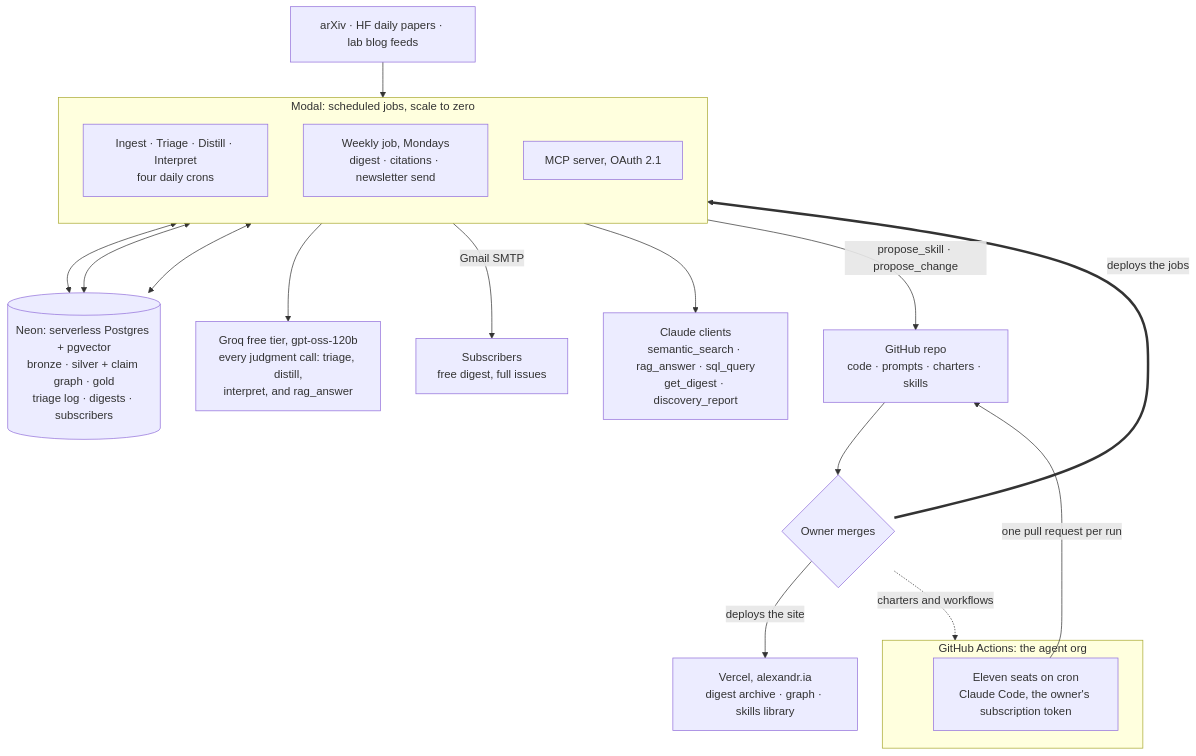
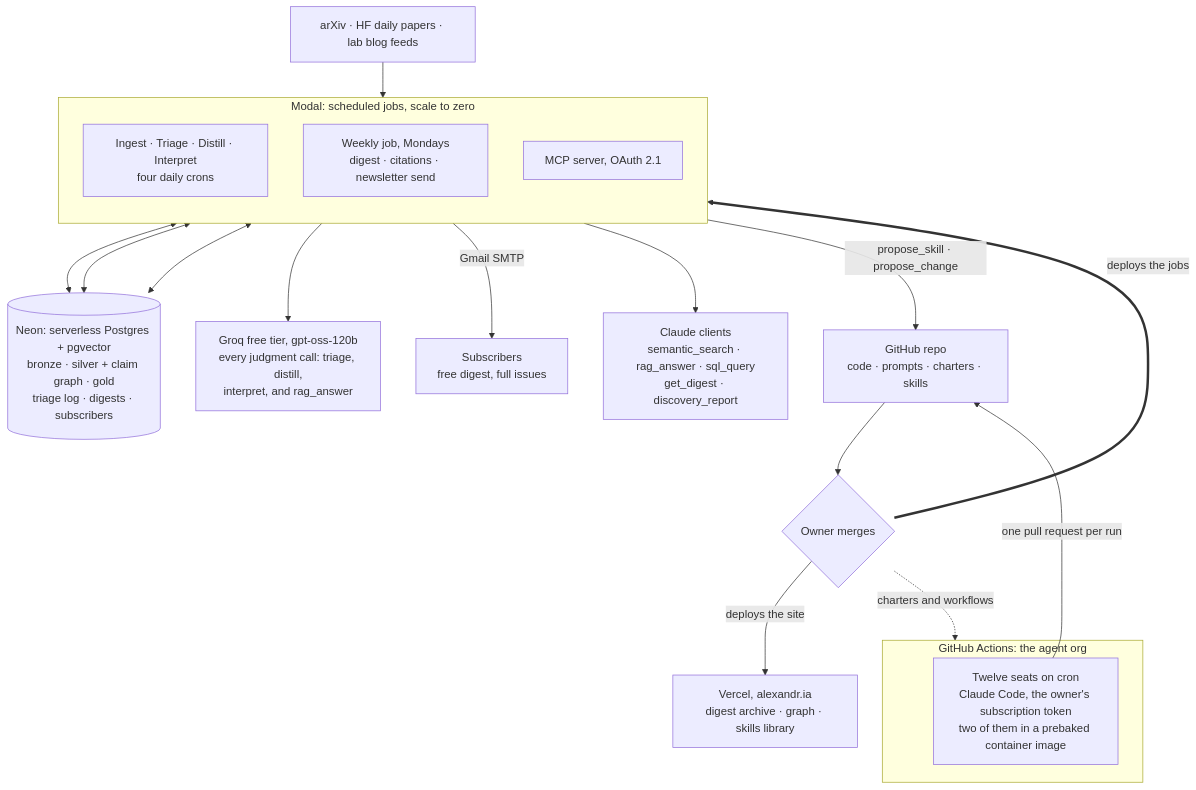
Before and after one commit to alexandrapaiz/alexandria: the second of 2 diagrams in README.md, drawn with Mermaid. The commit also changed other lines of this file, not shown here.

Commit message:
README: twelve seats, the writer row, containerized runs, ADR range to 28

````diff
--- a/README.md
+++ b/README.md
@@ -139,31 +140,31 @@
 ```mermaid
 flowchart TB
     FEEDS["arXiv · HF daily papers · lab blog feeds"]
     NEON[("Neon: serverless Postgres + pgvector<br/>bronze · silver + claim graph · gold<br/>triage log · digests · subscribers")]
     GROQ["Groq free tier, gpt-oss-120b<br/>every judgment call: triage, distill,<br/>interpret, and rag_answer"]
 
     subgraph MODAL["Modal: scheduled jobs, scale to zero"]
         direction TB
         DAILY["Ingest · Triage · Distill · Interpret<br/>four daily crons"]
         WK2["Weekly job, Mondays<br/>digest · citations · newsletter send"]
         MCP2["MCP server, OAuth 2.1"]
     end
 
     subgraph GHA["GitHub Actions: the agent org"]
-        SEATS["Eleven seats on cron<br/>Claude Code, the owner's subscription token"]
+        SEATS["Twelve seats on cron<br/>Claude Code, the owner's subscription token<br/>two of them in a prebaked container image"]
     end
 
     FEEDS --> DAILY
     DAILY <--> NEON
     WK2 <--> NEON
     MCP2 <--> NEON
     DAILY --> GROQ
     WK2 -->|"Gmail SMTP"| SUBS["Subscribers<br/>free digest, full issues"]
     MCP2 --> CLIENTS["Claude clients<br/>semantic_search · rag_answer · sql_query<br/>get_digest · discovery_report"]
     MCP2 -->|"propose_skill · propose_change"| GH
     SEATS -->|"one pull request per run"| GH["GitHub repo<br/>code · prompts · charters · skills"]
     GH --> OWNER{"Owner merges"}
     OWNER ==>|"deploys the jobs"| MODAL
     OWNER -->|"deploys the site"| SITE["Vercel, alexandr.ia<br/>digest archive · graph · skills library"]
     OWNER -.->|"charters and workflows"| GHA
 ```
````
